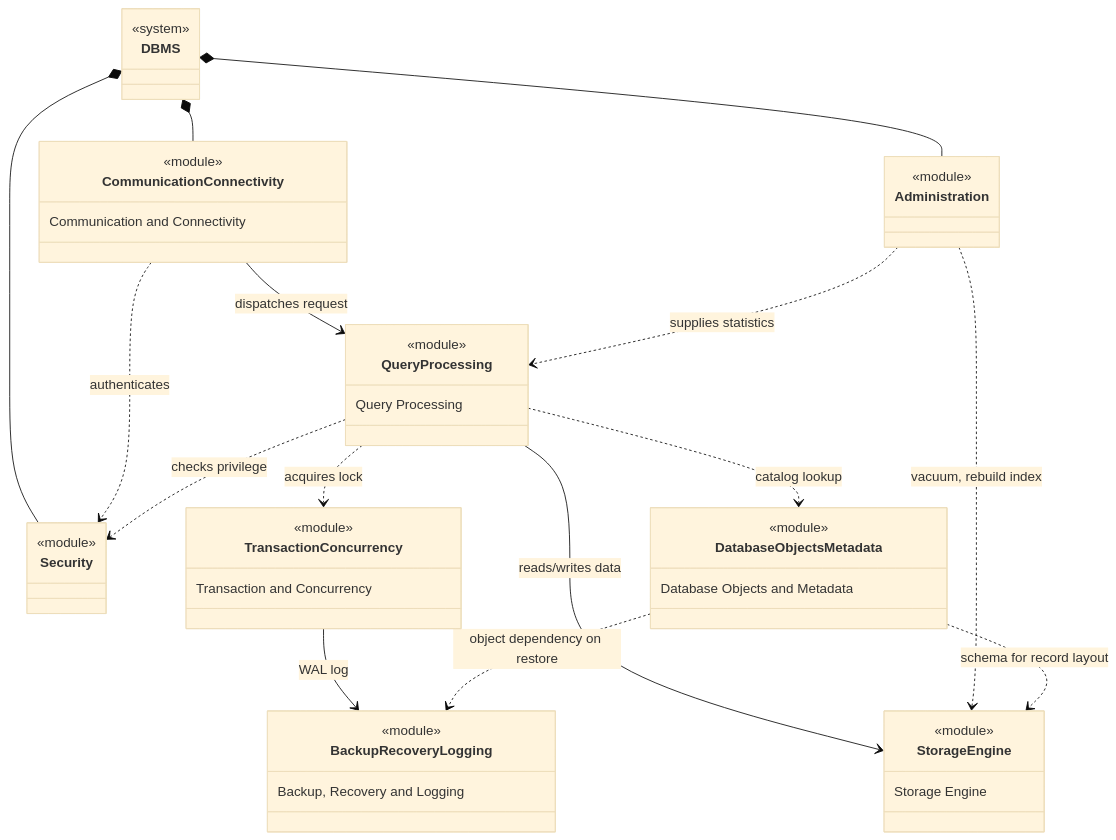
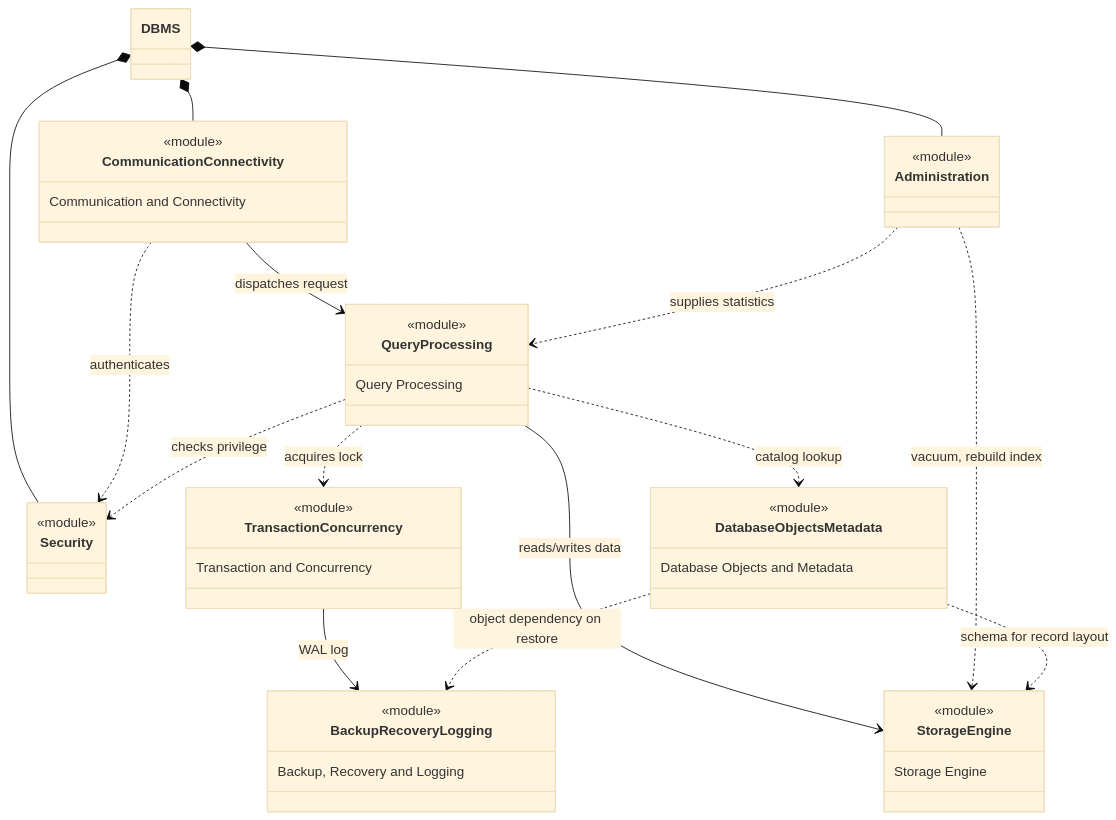
The diagram in da.md (Ricky13170/DBMS), drawn with Mermaid (base theme) before and after one commit.

````diff
--- a/da.md
+++ b/da.md
@@ -12,74 +12,73 @@
 ```mermaid
 classDiagram
     direction TB
 
     class DBMS {
-        <<system>>
     }
 
     class CommunicationConnectivity {
         <<module>>
         Communication and Connectivity
     }
 
     class Security {
         <<module>>
     }
 
     class Administration {
         <<module>>
     }
 
     class QueryProcessing {
         <<module>>
         Query Processing
     }
 
     class TransactionConcurrency {
         <<module>>
         Transaction and Concurrency
     }
 
     class BackupRecoveryLogging {
         <<module>>
         Backup, Recovery and Logging
     }
 
     class StorageEngine {
         <<module>>
         Storage Engine
     }
 
     class DatabaseObjectsMetadata {
         <<module>>
         Database Objects and Metadata
     }
 
     %% --- DBMS Composition (explicit diamonds) ---
     DBMS *-- CommunicationConnectivity
     DBMS *-- Security
     DBMS *-- Administration
 
     %% --- Main request pipeline ---
     CommunicationConnectivity --> QueryProcessing : dispatches request
 
     %% --- Security cross-cutting ---
     CommunicationConnectivity ..> Security : authenticates
     QueryProcessing ..> Security : checks privilege
 
     %% --- Query to lower layers ---
     QueryProcessing ..> TransactionConcurrency : acquires lock
     QueryProcessing --> StorageEngine : reads/writes data
     QueryProcessing ..> DatabaseObjectsMetadata : catalog lookup
 
     %% --- Transaction to WAL ---
     TransactionConcurrency --> BackupRecoveryLogging : WAL log
 
     %% --- Administration support ---
     Administration ..> QueryProcessing : supplies statistics
     Administration ..> StorageEngine : vacuum, rebuild index
 
     %% --- Metadata support ---
     DatabaseObjectsMetadata ..> StorageEngine : schema for record layout
     DatabaseObjectsMetadata ..> BackupRecoveryLogging : object dependency on restore
 ```
````
